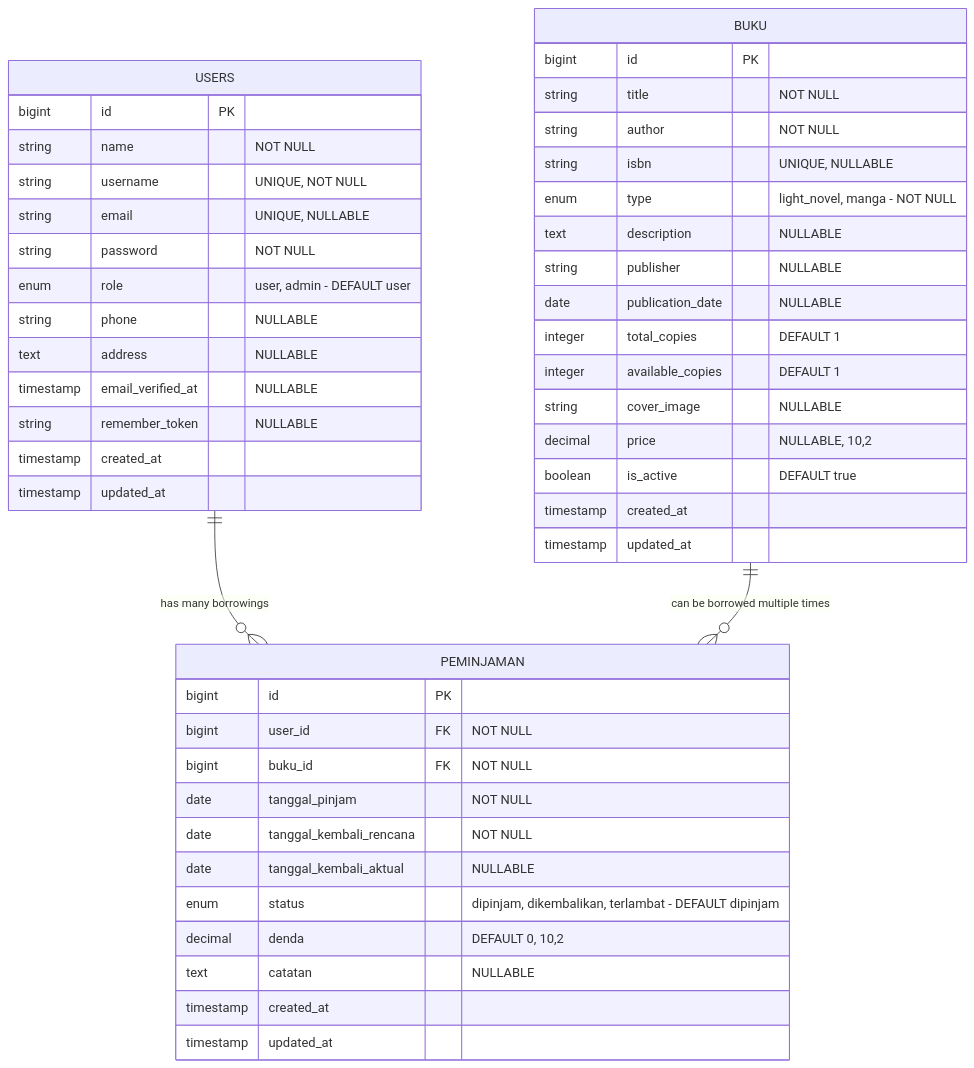
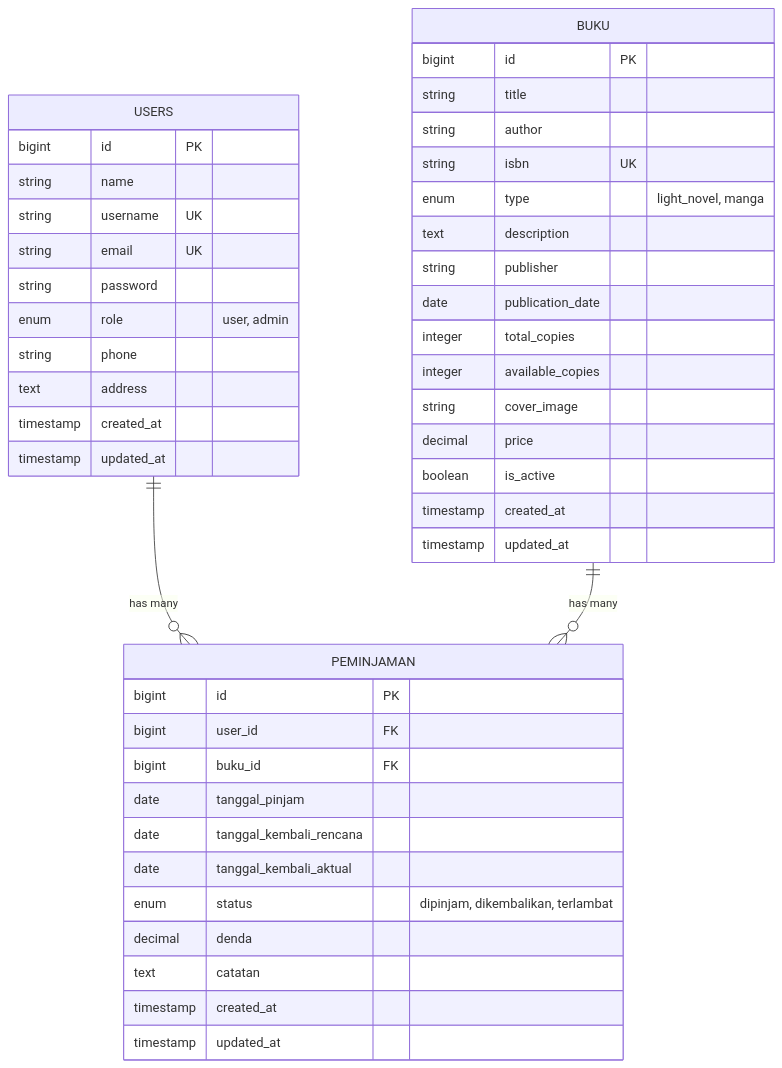
The first of 3 diagrams in README.md (Kerenmisael07-hub/Perpustakaan_bdl), drawn with Mermaid before and after one commit. The commit also changed other lines of this file and 1 other file, not shown here.

````diff
--- a/README.md
+++ b/README.md
@@ -167,52 +65,50 @@
 ```mermaid
 erDiagram
     USERS {
         bigint id PK
-        string name "NOT NULL"
-        string username "UNIQUE, NOT NULL"
-        string email "UNIQUE, NULLABLE"
-        string password "NOT NULL"
-        enum role "user, admin - DEFAULT user"
-        string phone "NULLABLE"
-        text address "NULLABLE"
-        timestamp email_verified_at "NULLABLE"
-        string remember_token "NULLABLE"
+        string name
+        string username UK
+        string email UK
+        string password
+        enum role "user, admin"
+        string phone
+        text address
         timestamp created_at
         timestamp updated_at
     }
     
     BUKU {
         bigint id PK
-        string title "NOT NULL"
-        string author "NOT NULL"
-        string isbn "UNIQUE, NULLABLE"
-        enum type "light_novel, manga - NOT NULL"
-        text description "NULLABLE"
-        string publisher "NULLABLE"
-        date publication_date "NULLABLE"
-        integer total_copies "DEFAULT 1"
-        integer available_copies "DEFAULT 1"
-        string cover_image "NULLABLE"
-        decimal price "NULLABLE, 10,2"
-        boolean is_active "DEFAULT true"
+        string title
+        string author
+        string isbn UK
+        enum type "light_novel, manga"
+        text description
+        string publisher
+        date publication_date
+        integer total_copies
+        integer available_copies
+        string cover_image
+        decimal price
+        boolean is_active
         timestamp created_at
         timestamp updated_at
     }
     
     PEMINJAMAN {
         bigint id PK
-        bigint user_id FK "NOT NULL"
-        bigint buku_id FK "NOT NULL"
-        date tanggal_pinjam "NOT NULL"
-        date tanggal_kembali_rencana "NOT NULL"
-        date tanggal_kembali_aktual "NULLABLE"
-        enum status "dipinjam, dikembalikan, terlambat - DEFAULT dipinjam"
-        decimal denda "DEFAULT 0, 10,2"
-        text catatan "NULLABLE"
+        bigint user_id FK
+        bigint buku_id FK
+        date tanggal_pinjam
+        date tanggal_kembali_rencana
+        date tanggal_kembali_aktual
+        enum status "dipinjam, dikembalikan, terlambat"
+        decimal denda
+        text catatan
         timestamp created_at
         timestamp updated_at
     }
     
-    USERS ||--o{ PEMINJAMAN : "has many borrowings"
-    BUKU ||--o{ PEMINJAMAN : "can be borrowed multiple times"
+    USERS ||--o{ PEMINJAMAN : "has many"
+    BUKU ||--o{ PEMINJAMAN : "has many"
 ```
````
